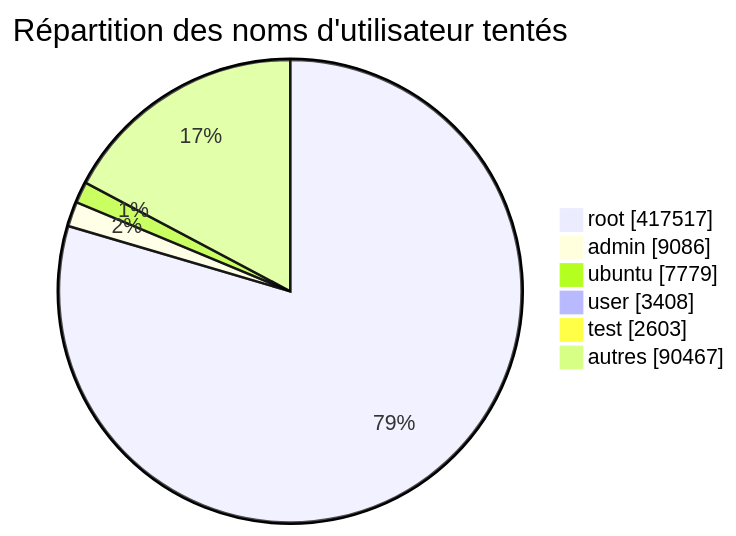
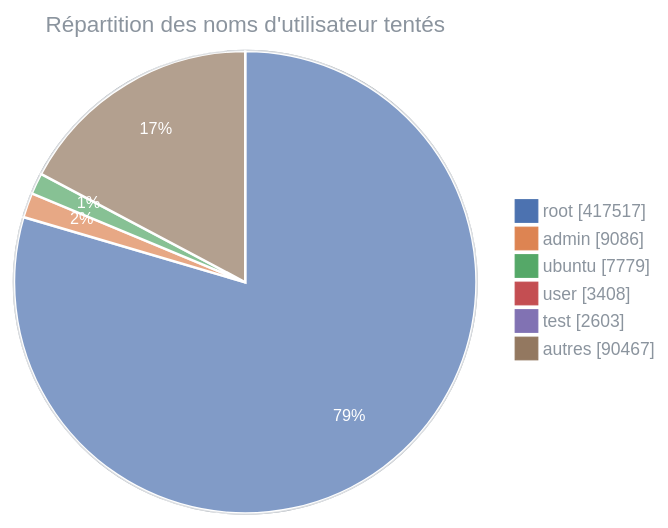
The fifth of 9 diagrams in writeup-fr.md (Vr00mm/honeypot-writeup), drawn with Mermaid before and after one commit. The commit also changed other lines of this file and 1 other file, not shown here.

First line of the commit message:
style: theme mermaid charts for light and dark mode

````diff
--- a/writeup-fr.md
+++ b/writeup-fr.md
@@ -305,10 +308,11 @@
 ```mermaid
+%%{init: {'theme':'base','themeVariables':{'pie1':'#4C72B0','pie2':'#DD8452','pie3':'#55A868','pie4':'#C44E52','pie5':'#8172B3','pie6':'#937860','pie7':'#C878AE','pie8':'#7F8C8D','pie9':'#B9A05C','pie10':'#64B5CD','pie11':'#A05195','pie12':'#4D7C6F','pieTitleTextSize':'18px','pieTitleTextColor':'#8b949e','pieSectionTextColor':'#ffffff','pieSectionTextSize':'13px','pieLegendTextColor':'#8b949e','pieLegendTextSize':'14px','pieStrokeColor':'#ffffff','pieStrokeWidth':'2px','pieOuterStrokeColor':'#8b949e','pieOuterStrokeWidth':'1px'}}}%%
 pie showData
     title Répartition des noms d'utilisateur tentés
     "root" : 417517
     "admin" : 9086
     "ubuntu" : 7779
     "user" : 3408
     "test" : 2603
     "autres" : 90467
 ```
````
